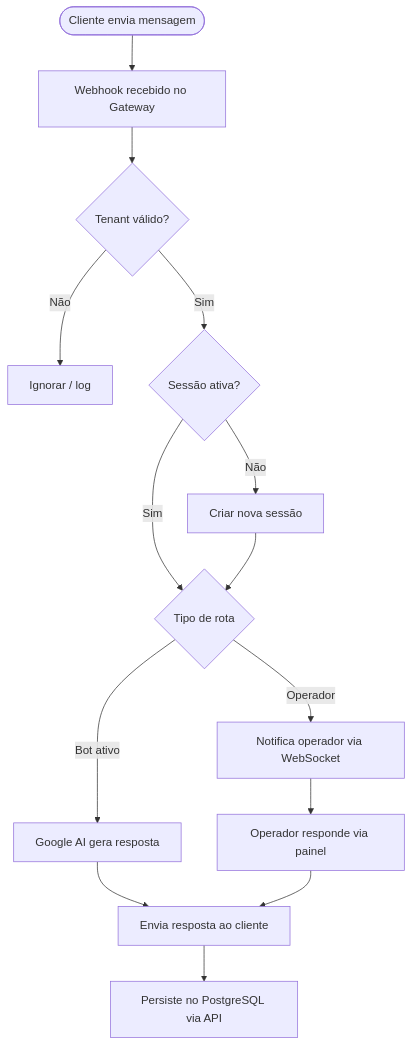
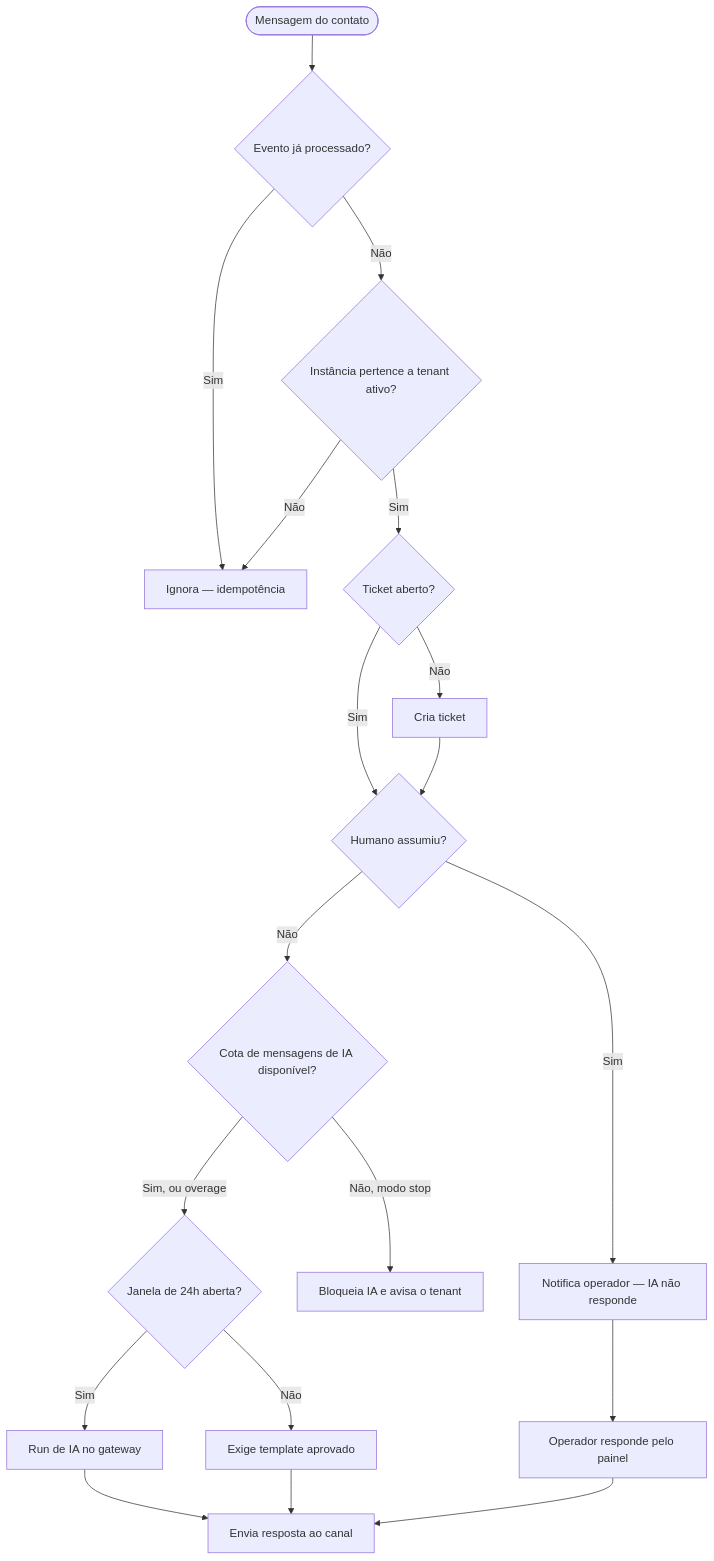
Before and after one commit to agentflix/interazap: the third of 3 diagrams in .context/ARCHITECTURE/user-flow.md, drawn with Mermaid. The commit also changed other lines of this file and 402 other files, not shown here.

````diff
--- a/.context/ARCHITECTURE/user-flow.md
+++ b/.context/ARCHITECTURE/user-flow.md
@@ -41,16 +60,21 @@
 ```mermaid
 flowchart TD
-    START([Cliente envia mensagem]) --> WEBHOOK[Webhook recebido no Gateway]
-    WEBHOOK --> TENANT{Tenant válido?}
-    TENANT -->|Não| REJECT[Ignorar / log]
-    TENANT -->|Sim| SESSION{Sessão ativa?}
-    SESSION -->|Não| NEWSESSION[Criar nova sessão]
-    SESSION -->|Sim| ROUTE{Tipo de rota}
-    NEWSESSION --> ROUTE
-    ROUTE -->|Bot ativo| AI[Google AI gera resposta]
-    ROUTE -->|Operador| NOTIFY[Notifica operador via WebSocket]
-    AI --> SEND[Envia resposta ao cliente]
-    NOTIFY --> OPERATOR[Operador responde via painel]
-    OPERATOR --> SEND
-    SEND --> SAVE[Persiste no PostgreSQL via API]
+    START([Mensagem do contato]) --> IDEMP{Evento já processado?}
+    IDEMP -->|Sim| DROP[Ignora — idempotência]
+    IDEMP -->|Não| TENANT{Instância pertence a tenant ativo?}
+    TENANT -->|Não| DROP
+    TENANT -->|Sim| TICKET{Ticket aberto?}
+    TICKET -->|Não| NEW[Cria ticket]
+    TICKET -->|Sim| HUMAN{Humano assumiu?}
+    NEW --> HUMAN
+    HUMAN -->|Sim| NOTIFY[Notifica operador — IA não responde]
+    HUMAN -->|Não| QUOTA{Cota de mensagens de IA disponível?}
+    QUOTA -->|Não, modo stop| BLOCK[Bloqueia IA e avisa o tenant]
+    QUOTA -->|Sim, ou overage| WINDOW{Janela de 24h aberta?}
+    WINDOW -->|Sim| RUN[Run de IA no gateway]
+    WINDOW -->|Não| TEMPLATE[Exige template aprovado]
+    RUN --> SEND[Envia resposta ao canal]
+    TEMPLATE --> SEND
+    NOTIFY --> OP[Operador responde pelo painel]
+    OP --> SEND
 ```
````
